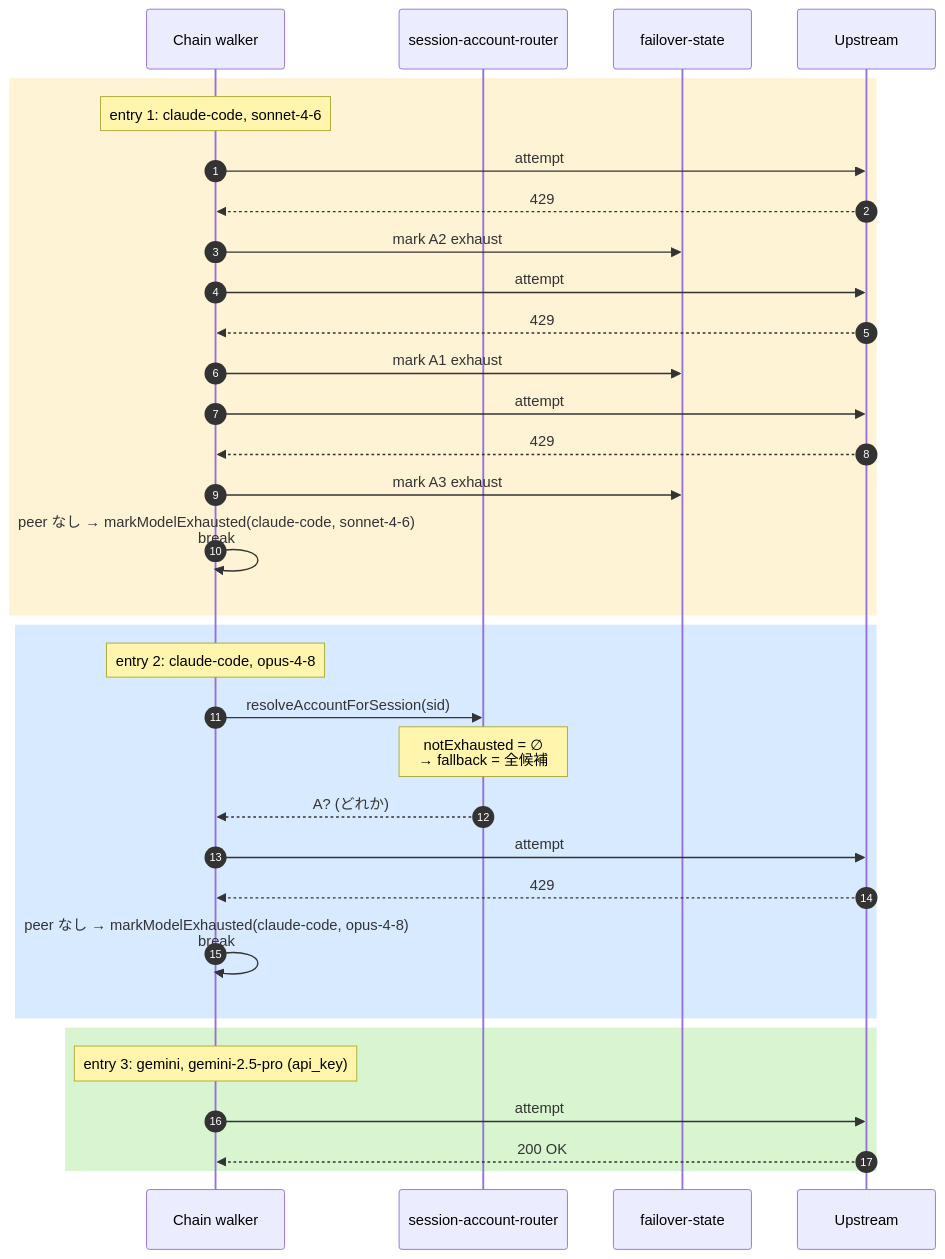
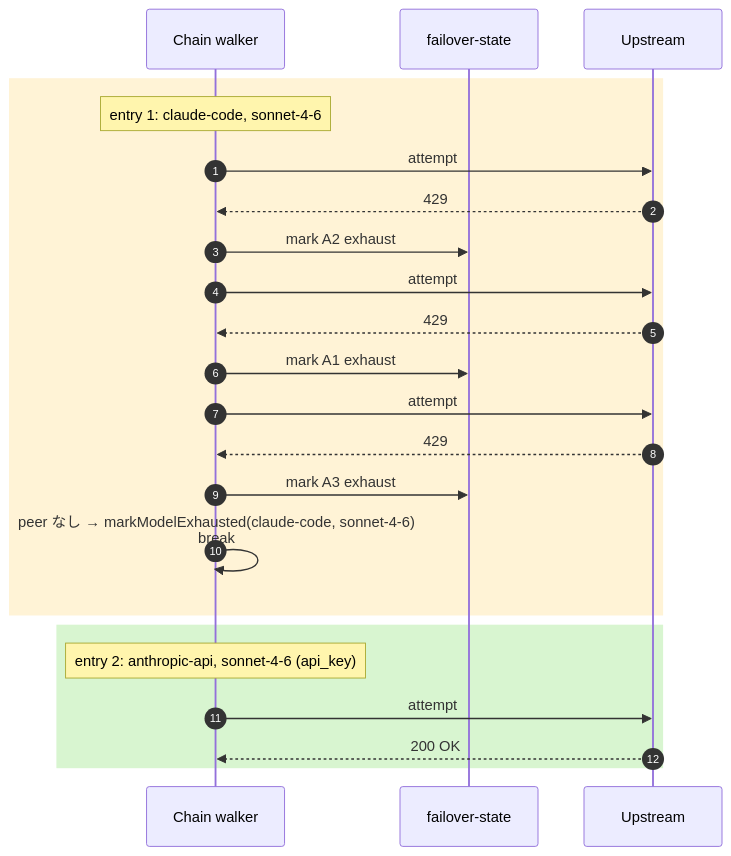
Before and after one commit to tkgstrator/rialto: the seventh of 12 diagrams in docs/architecture/pipeline-overview.md, drawn with Mermaid. The commit also changed other lines of this file and 14 other files, not shown here.

Commit message:
docs: update architecture and guides for the removal of routing

````diff
--- a/docs/architecture/pipeline-overview.md
+++ b/docs/architecture/pipeline-overview.md
@@ -325,38 +317,27 @@
 ```mermaid
 sequenceDiagram
   autonumber
   participant W as Chain walker
-  participant SAR as session-account-router
   participant FS as failover-state
   participant U as Upstream
 
   rect rgb(255,243,214)
     Note over W: entry 1: claude-code, sonnet-4-6
     W->>U: attempt #1 (A2)
     U-->>W: 429
     W->>FS: mark A2 exhaust
     W->>U: attempt #2 (A1)
     U-->>W: 429
     W->>FS: mark A1 exhaust
     W->>U: attempt #3 (A3)
     U-->>W: 429
     W->>FS: mark A3 exhaust
     W->>W: peer なし → markModelExhausted(claude-code, sonnet-4-6)<br/>break
   end
 
-  rect rgb(216,234,255)
-    Note over W: entry 2: claude-code, opus-4-8
-    W->>SAR: resolveAccountForSession(sid)
-    Note over SAR: notExhausted = ∅<br/>→ fallback = 全候補
-    SAR-->>W: A? (どれか)
-    W->>U: attempt #1
-    U-->>W: 429
-    W->>W: peer なし → markModelExhausted(claude-code, opus-4-8)<br/>break
-  end
-
   rect rgb(216,245,208)
-    Note over W: entry 3: gemini, gemini-2.5-pro (api_key)
+    Note over W: entry 2: anthropic-api, sonnet-4-6 (api_key)
     W->>U: attempt #1
     U-->>W: 200 OK
   end
 ```
````
